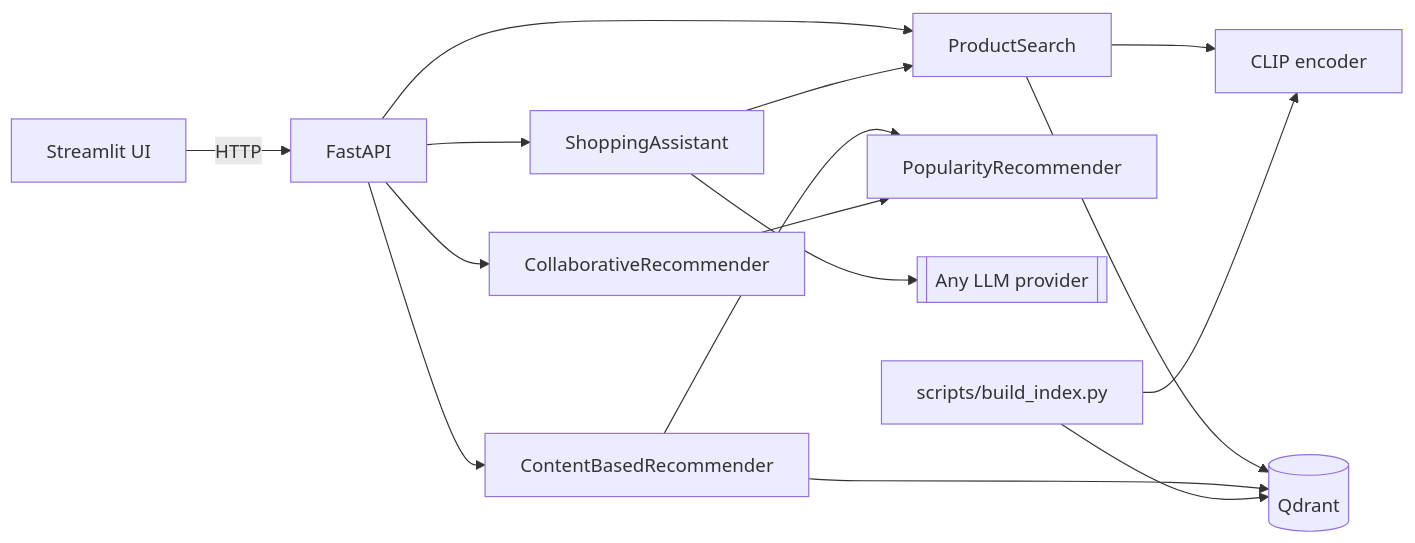
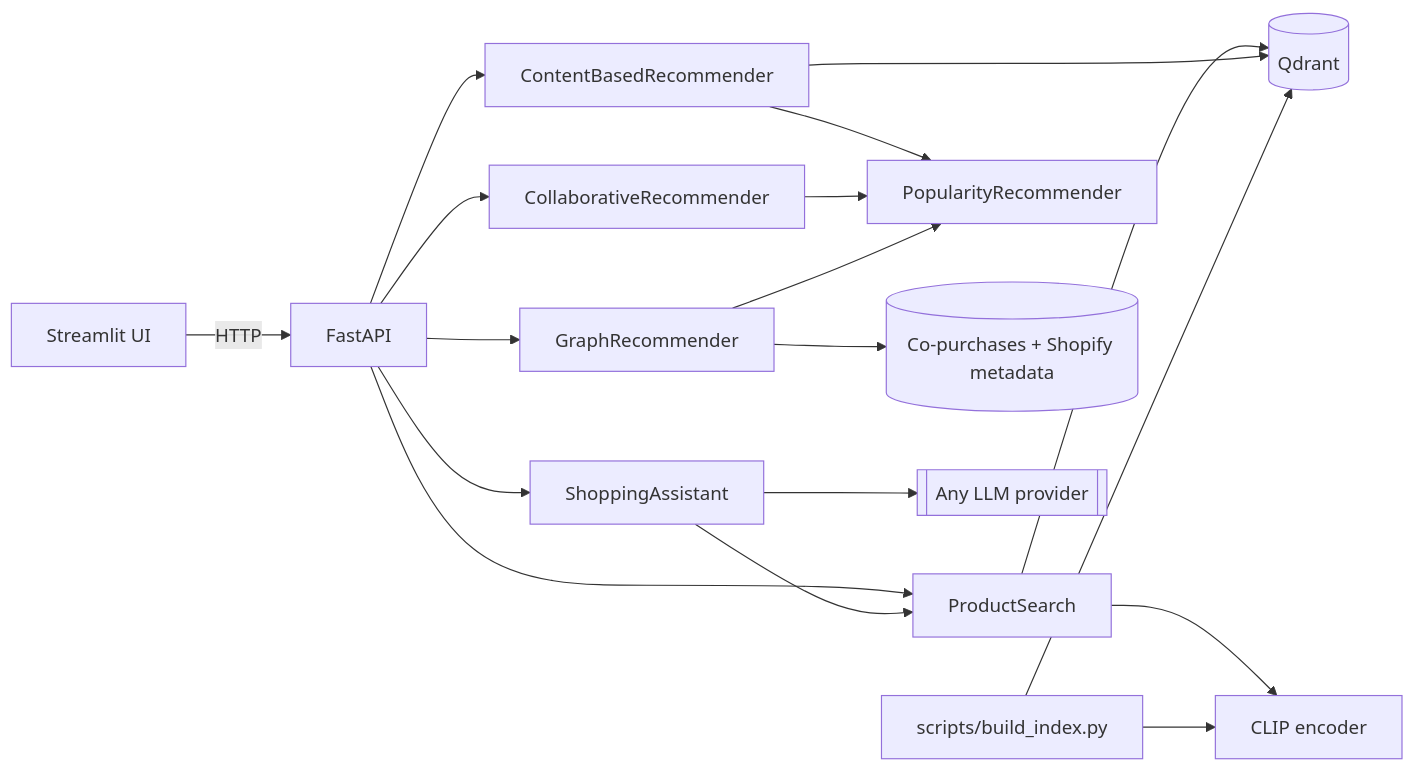
One commit to yo1am1/clothes-recommender changed the diagram in README.md. Above: the diagram before and after it, drawn with Mermaid. The commit also changed other lines of this file and 40 other files, not shown here.

Commit message:
feat: add graph recommender, evaluation scripts, and ui graph explorer

````diff
--- a/README.md
+++ b/README.md
@@ -63,15 +109,18 @@
 ```mermaid
 flowchart LR
     UI[Streamlit UI] -- HTTP --> API[FastAPI]
     API --> S[ProductSearch]
     API --> CB[ContentBasedRecommender]
     API --> CF[CollaborativeRecommender]
+    API --> G[GraphRecommender]
     API --> A[ShoppingAssistant]
     S --> E[CLIP encoder]
     S --> Q[(Qdrant)]
     CB --> Q
     CB & CF --> P[PopularityRecommender]
+    G --> P
+    G --> KG[(Co-purchases + Shopify metadata)]
     A --> LLM[[Any LLM provider]]
     A --> S
     B[scripts/build_index.py] --> E & Q
 ```
````
